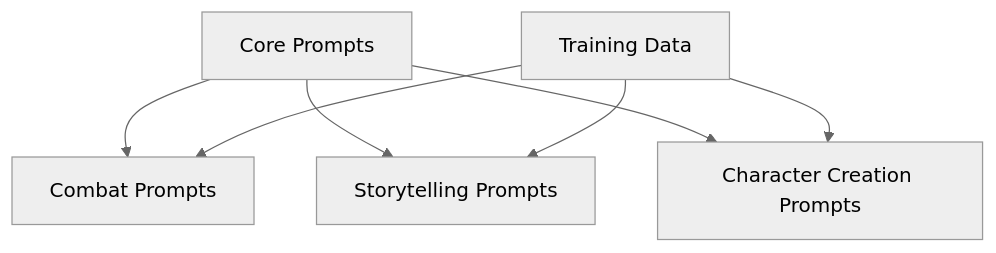
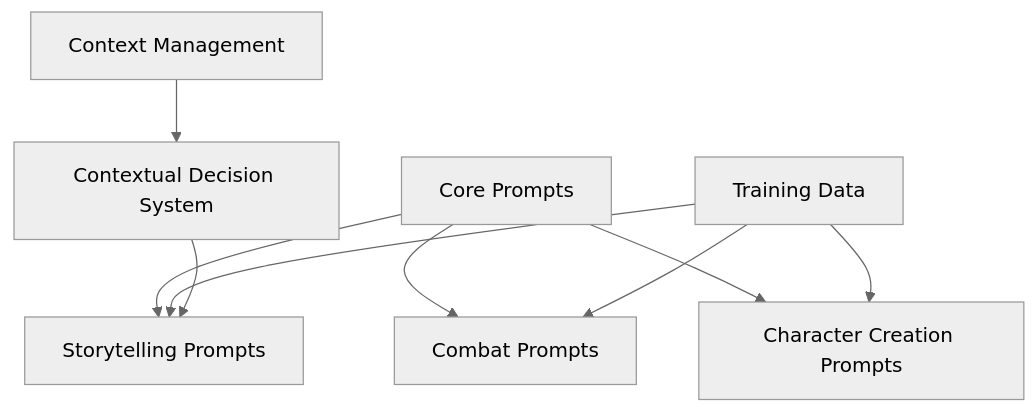
One commit to jerseycheese/BootHillGM changed the diagram in Docs/ai/_index.md. Above: the diagram before and after it, drawn with Mermaid (neutral theme). The commit also changed other lines of this file and 35 other files, not shown here.

First line of the commit message:
feat(decisions): Complete AI Decision System cleanup and documentation

````diff
--- a/Docs/ai/_index.md
+++ b/Docs/ai/_index.md
@@ -26,9 +28,11 @@
 ```mermaid
 graph TD
     A[Core Prompts] --> B[Combat Prompts]
     A --> C[Storytelling Prompts]
     A --> D[Character Creation Prompts]
     E[Training Data] --> B
     E --> C
     E --> D
+    F[Contextual Decision System] --> C
+    G[Context Management] --> F
 ```
````
